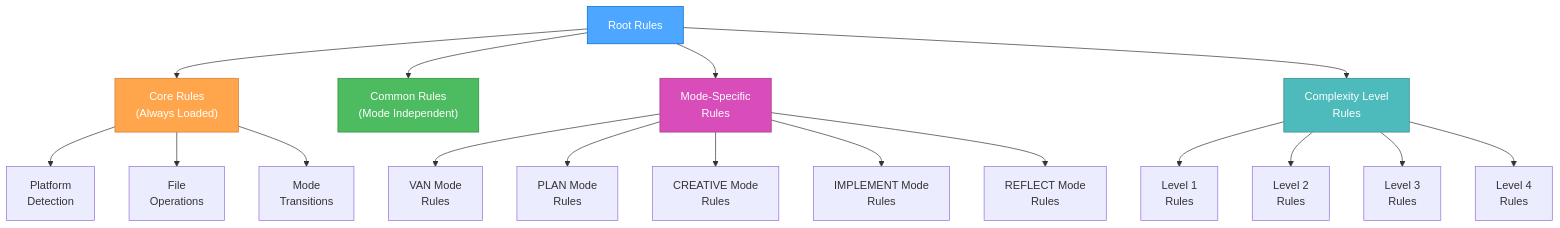
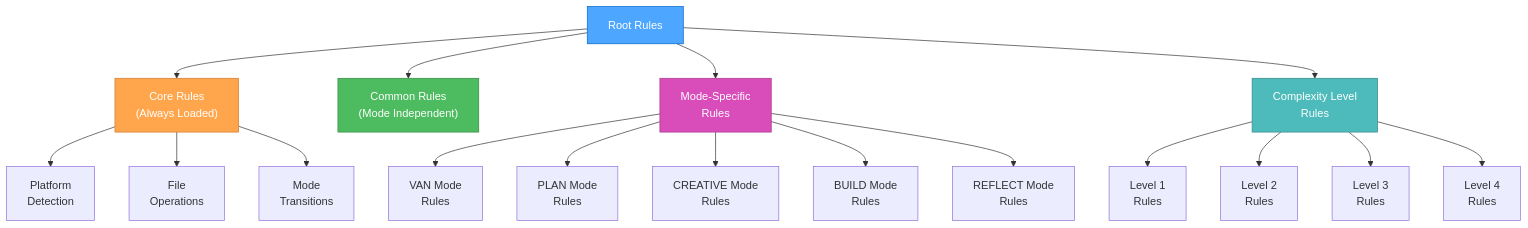
One commit to aleasweb/cityQuest changed the first of 3 diagrams in .cursor/rules/isolation_rules/Core/hierarchical-rule-loading.mdc. Above: the diagram before and after it, drawn with Mermaid. The commit also changed other lines of this file and 26 other files, not shown here.

````diff
--- a/.cursor/rules/isolation_rules/Core/hierarchical-rule-loading.mdc
+++ b/.cursor/rules/isolation_rules/Core/hierarchical-rule-loading.mdc
@@ -13,28 +13,28 @@
 ```mermaid
 graph TD
     Root["Root Rules"] --> Core["Core Rules<br>(Always Loaded)"]
     Root --> Common["Common Rules<br>(Mode Independent)"]
     Root --> Mode["Mode-Specific<br>Rules"]
     Root --> Level["Complexity Level<br>Rules"]
     
     Core --> Platform["Platform<br>Detection"]
     Core --> File["File<br>Operations"]
     Core --> Transition["Mode<br>Transitions"]
     
     Mode --> VAN["VAN Mode<br>Rules"]
     Mode --> PLAN["PLAN Mode<br>Rules"]
     Mode --> CREATIVE["CREATIVE Mode<br>Rules"]
-    Mode --> IMPLEMENT["IMPLEMENT Mode<br>Rules"]
+    Mode --> BUILD["BUILD Mode<br>Rules"]
     Mode --> REFLECT["REFLECT Mode<br>Rules"]
     
     Level --> Level1["Level 1<br>Rules"]
     Level --> Level2["Level 2<br>Rules"]
     Level --> Level3["Level 3<br>Rules"]
     Level --> Level4["Level 4<br>Rules"]
     
     style Root fill:#4da6ff,stroke:#0066cc,color:white
     style Core fill:#ffa64d,stroke:#cc7a30,color:white
     style Common fill:#4dbb5f,stroke:#36873f,color:white
     style Mode fill:#d94dbb,stroke:#a3378a,color:white
     style Level fill:#4dbbbb,stroke:#368787,color:white
 ```
````
